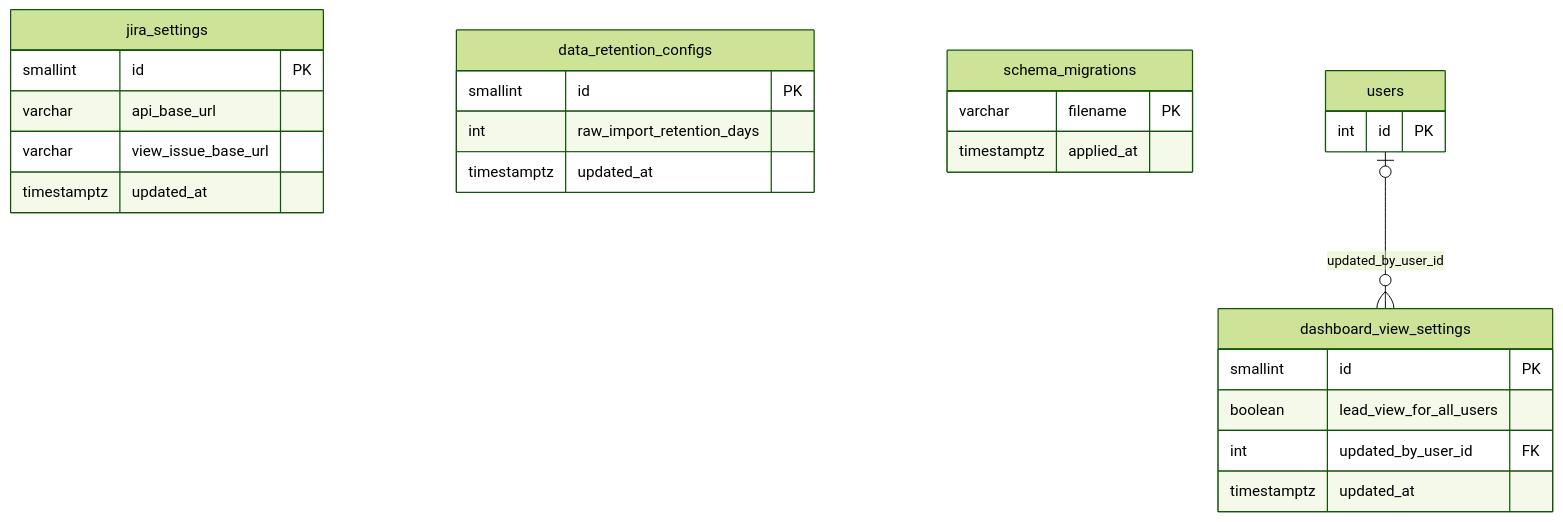
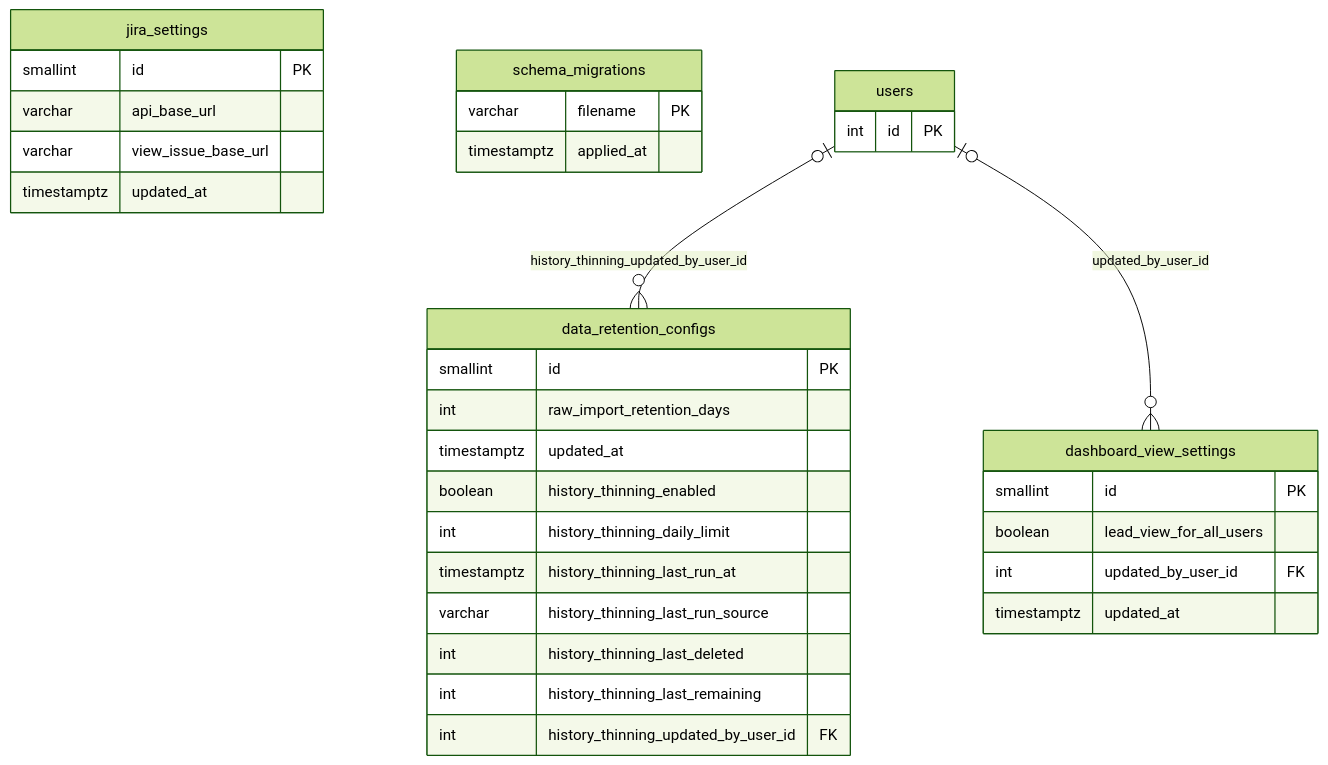
The ninth of 12 diagrams in docs/database-erd.md (dminhbb/ttm-tool), drawn with Mermaid (forest theme) before and after one commit. The commit also changed other lines of this file and 21 other files, not shown here.

````diff
--- a/docs/database-erd.md
+++ b/docs/database-erd.md
@@ -1323,28 +1323,36 @@
 ```mermaid
 erDiagram
     jira_settings {
         smallint id PK
         varchar api_base_url
         varchar view_issue_base_url
         timestamptz updated_at
     }
     data_retention_configs {
         smallint id PK
         int raw_import_retention_days
         timestamptz updated_at
+        boolean history_thinning_enabled
+        int history_thinning_daily_limit
+        timestamptz history_thinning_last_run_at
+        varchar history_thinning_last_run_source
+        int history_thinning_last_deleted
+        int history_thinning_last_remaining
+        int history_thinning_updated_by_user_id FK
     }
     dashboard_view_settings {
         smallint id PK
         boolean lead_view_for_all_users
         int updated_by_user_id FK
         timestamptz updated_at
     }
     schema_migrations {
         varchar filename PK
         timestamptz applied_at
     }
     users {
         int id PK
     }
+    users |o--o{ data_retention_configs : "history_thinning_updated_by_user_id"
     users |o--o{ dashboard_view_settings : "updated_by_user_id"
 ```
````
